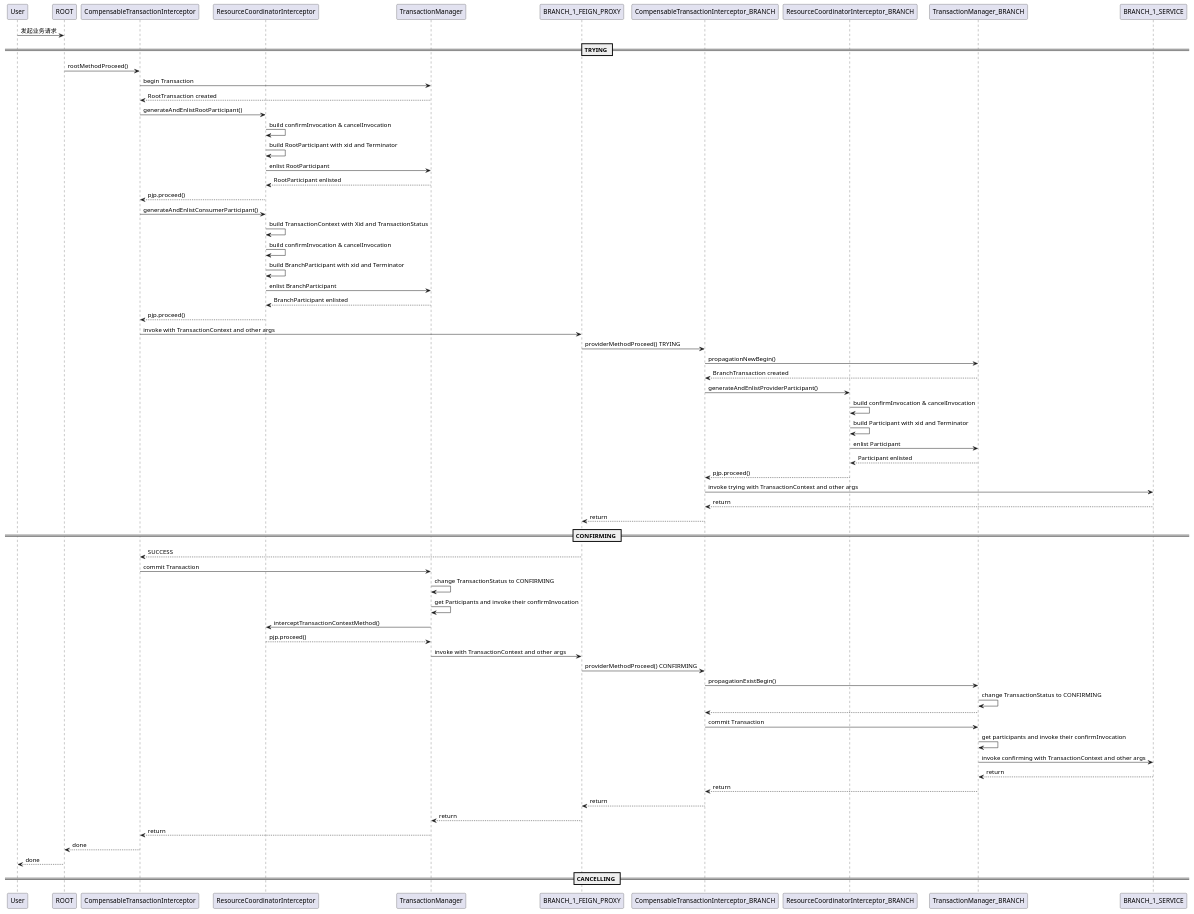
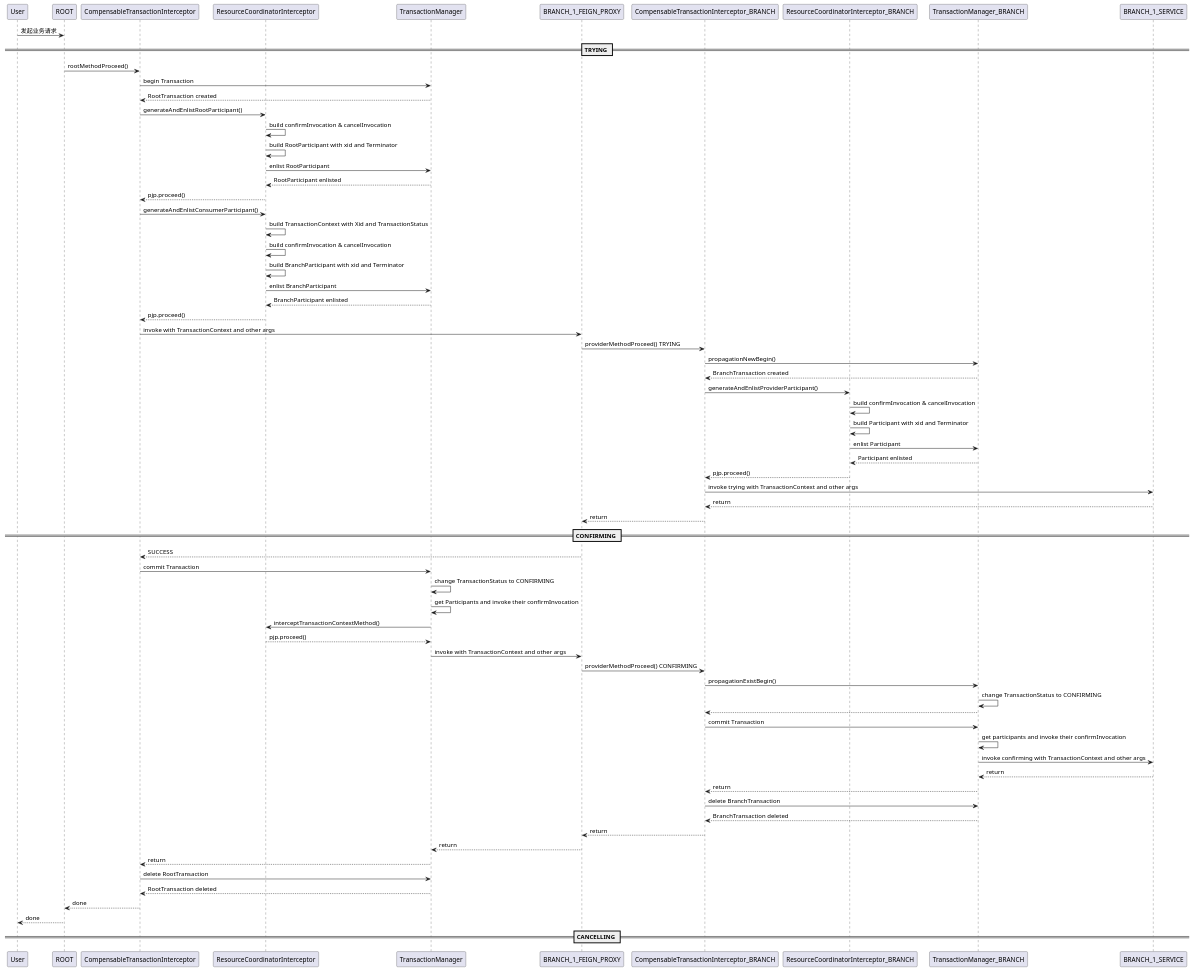
The diagram in tcc-transaction/doc/seq.tcc.puml (I-Love-China/distributed-transaction-process-typist), drawn with PlantUML before and after one commit.

Commit message:
Learning:TRYING、CANCELLING 时序图补充删除 Transaction

```diff
--- a/tcc-transaction/doc/seq.tcc.puml
+++ b/tcc-transaction/doc/seq.tcc.puml
@@ -1,99 +1,103 @@
 @startuml
 'https://plantuml.com/sequence-diagram
 participant User
 participant ROOT
 
 participant CompensableTransactionInterceptor as COMP_IPTR_ROOT
 participant ResourceCoordinatorInterceptor as RC_ITPR_ROOT
 participant TransactionManager as TrxManager_Root
 participant BRANCH_1_FEIGN_PROXY
 participant CompensableTransactionInterceptor_BRANCH as COMP_IPTR_BRANCH
 participant ResourceCoordinatorInterceptor_BRANCH as RC_ITPR_BRANCH
 participant TransactionManager_BRANCH as TrxManager_BRANCH
 participant BRANCH_1_SERVICE
 
 User -> ROOT: 发起业务请求
 
 == TRYING ==
 ' 1 调用 ROOT
 ' 1.1 TccCompensableAspect BEFORE -- rootMethodProceed
 ROOT -> COMP_IPTR_ROOT: rootMethodProceed()
 COMP_IPTR_ROOT -> TrxManager_Root: begin Transaction
 COMP_IPTR_ROOT <-- TrxManager_Root: RootTransaction created
 
 ' 1.2 TccTransactionContextAspect BEFORE -- generateAndEnlistRootParticipant
 COMP_IPTR_ROOT -> RC_ITPR_ROOT: generateAndEnlistRootParticipant()
 RC_ITPR_ROOT -> RC_ITPR_ROOT: build confirmInvocation & cancelInvocation
 RC_ITPR_ROOT -> RC_ITPR_ROOT: build RootParticipant with xid and Terminator
 RC_ITPR_ROOT -> TrxManager_Root: enlist RootParticipant
 RC_ITPR_ROOT <-- TrxManager_Root: RootParticipant enlisted
 RC_ITPR_ROOT --> COMP_IPTR_ROOT: pjp.proceed()
 
 ' 2 ROOT 调用 BRANCH TRANSACTION
 ' 2.1 首先 TccTransactionContextAspect BEFORE
 COMP_IPTR_ROOT -> RC_ITPR_ROOT: generateAndEnlistConsumerParticipant()
 RC_ITPR_ROOT -> RC_ITPR_ROOT: build TransactionContext with Xid and TransactionStatus
 RC_ITPR_ROOT -> RC_ITPR_ROOT: build confirmInvocation & cancelInvocation
 RC_ITPR_ROOT -> RC_ITPR_ROOT: build BranchParticipant with xid and Terminator
 RC_ITPR_ROOT -> TrxManager_Root: enlist BranchParticipant
 RC_ITPR_ROOT <-- TrxManager_Root: BranchParticipant enlisted
 RC_ITPR_ROOT --> COMP_IPTR_ROOT: pjp.proceed()
 
 ' 2.2 调用 FeignProxy
 COMP_IPTR_ROOT -> BRANCH_1_FEIGN_PROXY: invoke with TransactionContext and other args
 
 ' 3 调用 BRANCH
 ' 3.1 TccCompensableAspect BEFORE -- providerMethodProceed TRYING
 BRANCH_1_FEIGN_PROXY -> COMP_IPTR_BRANCH: providerMethodProceed() TRYING
 COMP_IPTR_BRANCH -> TrxManager_BRANCH: propagationNewBegin()
 COMP_IPTR_BRANCH <-- TrxManager_BRANCH: BranchTransaction created
 
 ' 3.2 TccTransactionContextAspect BEFORE -- generateAndEnlistProviderParticipant
 COMP_IPTR_BRANCH -> RC_ITPR_BRANCH: generateAndEnlistProviderParticipant()
 RC_ITPR_BRANCH -> RC_ITPR_BRANCH: build confirmInvocation & cancelInvocation
 ' todo 这里的 Participant
 RC_ITPR_BRANCH -> RC_ITPR_BRANCH: build Participant with xid and Terminator
 RC_ITPR_BRANCH -> TrxManager_BRANCH: enlist Participant
 RC_ITPR_BRANCH <-- TrxManager_BRANCH: Participant enlisted
 RC_ITPR_BRANCH --> COMP_IPTR_BRANCH: pjp.proceed()
 
 ' 3.3 执行 BRANCH Service 的业务逻辑
 COMP_IPTR_BRANCH -> BRANCH_1_SERVICE: invoke trying with TransactionContext and other args
 COMP_IPTR_BRANCH <-- BRANCH_1_SERVICE: return
 COMP_IPTR_BRANCH --> BRANCH_1_FEIGN_PROXY: return
 
 
 == CONFIRMING ==
 ' ROOT 和 BRANCH 都成功执行，执行 CONFIRMING 逻辑
 BRANCH_1_FEIGN_PROXY --> COMP_IPTR_ROOT: SUCCESS
 COMP_IPTR_ROOT -> TrxManager_Root: commit Transaction
 TrxManager_Root -> TrxManager_Root: change TransactionStatus to CONFIRMING
 TrxManager_Root -> TrxManager_Root: get Participants and invoke their confirmInvocation
 
 ' invoke BRANCH_1_FEIGN_PROXY
 TrxManager_Root -> RC_ITPR_ROOT: interceptTransactionContextMethod()
 ' 此时 TransactionContext != null，此时 MethodType 为 NORMAL ！！！
 TrxManager_Root <-- RC_ITPR_ROOT: pjp.proceed()
 TrxManager_Root -> BRANCH_1_FEIGN_PROXY: invoke with TransactionContext and other args
 
 ' TccCompensableAspect BEFORE -- providerMethodProceed CONFIRMING
 BRANCH_1_FEIGN_PROXY -> COMP_IPTR_BRANCH: providerMethodProceed() CONFIRMING
 COMP_IPTR_BRANCH -> TrxManager_BRANCH: propagationExistBegin()
 TrxManager_BRANCH -> TrxManager_BRANCH: change TransactionStatus to CONFIRMING
 TrxManager_BRANCH --> COMP_IPTR_BRANCH:
 COMP_IPTR_BRANCH -> TrxManager_BRANCH: commit Transaction
 ' 这里只有一个 Participant，就是 BranchTransaction 自己
 TrxManager_BRANCH -> TrxManager_BRANCH: get participants and invoke their confirmInvocation
 TrxManager_BRANCH -> BRANCH_1_SERVICE: invoke confirming with TransactionContext and other args
 TrxManager_BRANCH <-- BRANCH_1_SERVICE: return
 TrxManager_BRANCH --> COMP_IPTR_BRANCH: return
+COMP_IPTR_BRANCH -> TrxManager_BRANCH: delete BranchTransaction
+COMP_IPTR_BRANCH <-- TrxManager_BRANCH: BranchTransaction deleted
 COMP_IPTR_BRANCH --> BRANCH_1_FEIGN_PROXY: return
 
 BRANCH_1_FEIGN_PROXY --> TrxManager_Root: return
 TrxManager_Root --> COMP_IPTR_ROOT: return
+COMP_IPTR_ROOT -> TrxManager_Root: delete RootTransaction
+COMP_IPTR_ROOT <-- TrxManager_Root: RootTransaction deleted
 COMP_IPTR_ROOT --> ROOT: done
 ROOT --> User: done
 
 == CANCELLING ==
 
 @enduml
```
